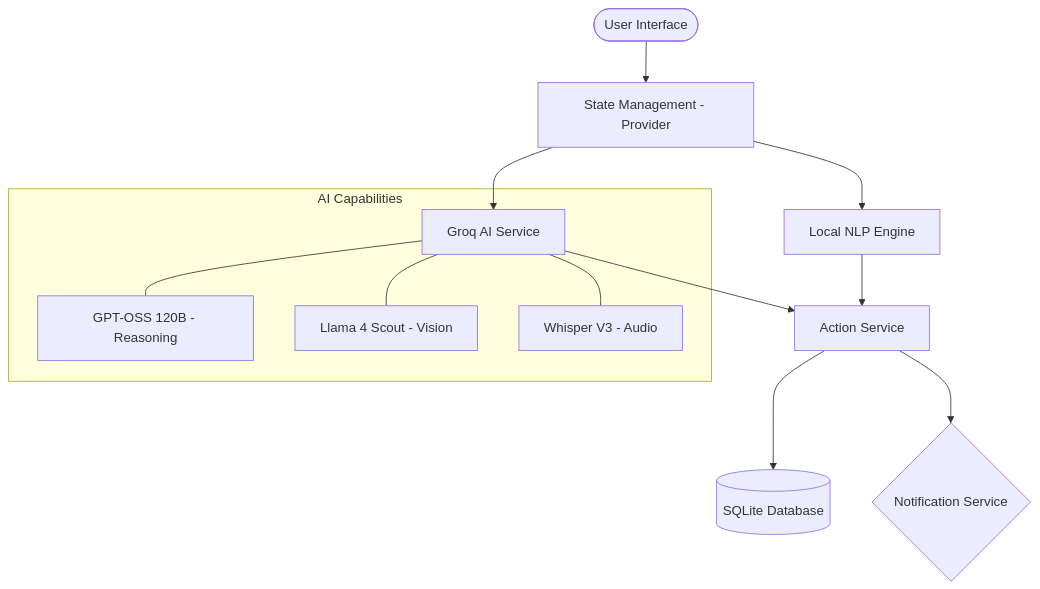
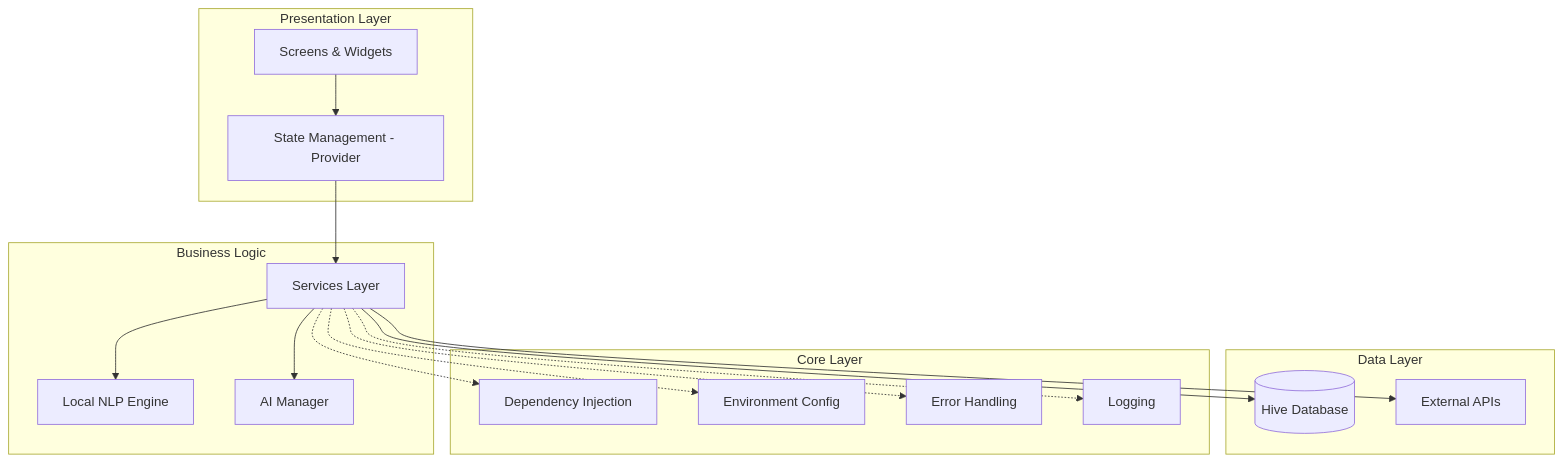
The diagram in README.md (devabynk/PulseAssist-Personal-Smart-Assistant), drawn with Mermaid before and after one commit. The commit also changed other lines of this file and 31 other files, not shown here.

````diff
--- a/README.md
+++ b/README.md
@@ -115,16 +117,37 @@
 ```mermaid
-graph TD
-    User([User Interface]) --> Providers[State Management - Provider]
-    Providers --> NLP[Local NLP Engine]
-    Providers --> AI[Groq AI Service]
-    NLP --> Actions[Action Service]
-    AI --> Actions
-    Actions --> DB[(SQLite Database)]
-    Actions --> Notif{Notification Service}
+graph TB
+    subgraph "Presentation Layer"
+        UI[Screens & Widgets]
+        Providers[State Management - Provider]
+    end
     
-    subgraph "AI Capabilities"
-    AI --- Llama[GPT-OSS 120B - Reasoning]
-    AI --- Vision[Llama 4 Scout - Vision]
-    AI --- Whisper[Whisper V3 - Audio]
+    subgraph "Business Logic"
+        Services[Services Layer]
+        NLP[Local NLP Engine]
+        AI[AI Manager]
     end
+    
+    subgraph "Data Layer"
+        DB[(Hive Database)]
+        APIs[External APIs]
+    end
+    
+    subgraph "Core Layer"
+        DI[Dependency Injection]
+        Config[Environment Config]
+        Error[Error Handling]
+        Logging[Logging]
+    end
+    
+    UI --> Providers
+    Providers --> Services
+    Services --> NLP
+    Services --> AI
+    Services --> DB
+    Services --> APIs
+    
+    Services -.-> DI
+    Services -.-> Config
+    Services -.-> Error
+    Services -.-> Logging
 ```
````
